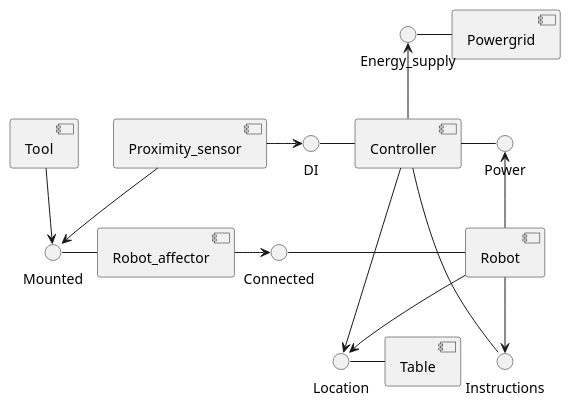
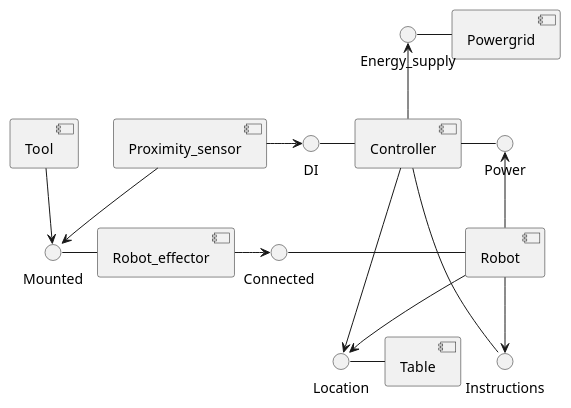
One commit to Vrosko/PS_combined changed the diagram in src/chapter2/interface_diagram.md. Above: the diagram before and after it, drawn with PlantUML. The commit also changed 16 other files, not shown here.

````diff
--- a/src/chapter2/interface_diagram.md
+++ b/src/chapter2/interface_diagram.md
@@ -5,36 +5,36 @@
 ```plantuml
 @startuml IA v0
 
 [Proximity_sensor]
 [Tool]
-[Robot_affector]
+[Robot_effector]
 [Robot]
 [Controller]
 [Table]
 [Powergrid]
 
 Location - Table
 
 Controller ---> Location
 Controller - Power
 
 Energy_supply <-- Controller
 Energy_supply - Powergrid
 
-Mounted - Robot_affector
+Mounted - Robot_effector
 Robot -> Location
 Power <-- Robot
 
-Robot_affector -> Connected
+Robot_effector -> Connected
 Proximity_sensor --> Mounted
 Connected - Robot
 
 Tool --> Mounted
 Proximity_sensor -> DI
 DI - Controller
 
 Robot --> Instructions
 Instructions - Controller
 
 @enduml
 ```
````
